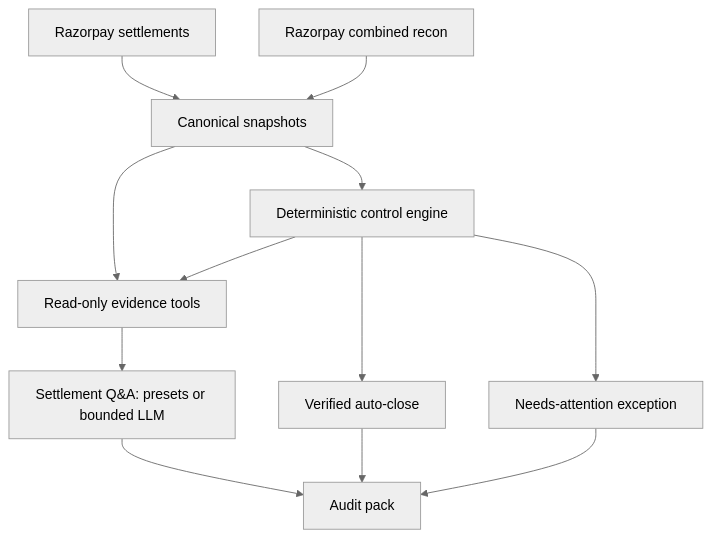
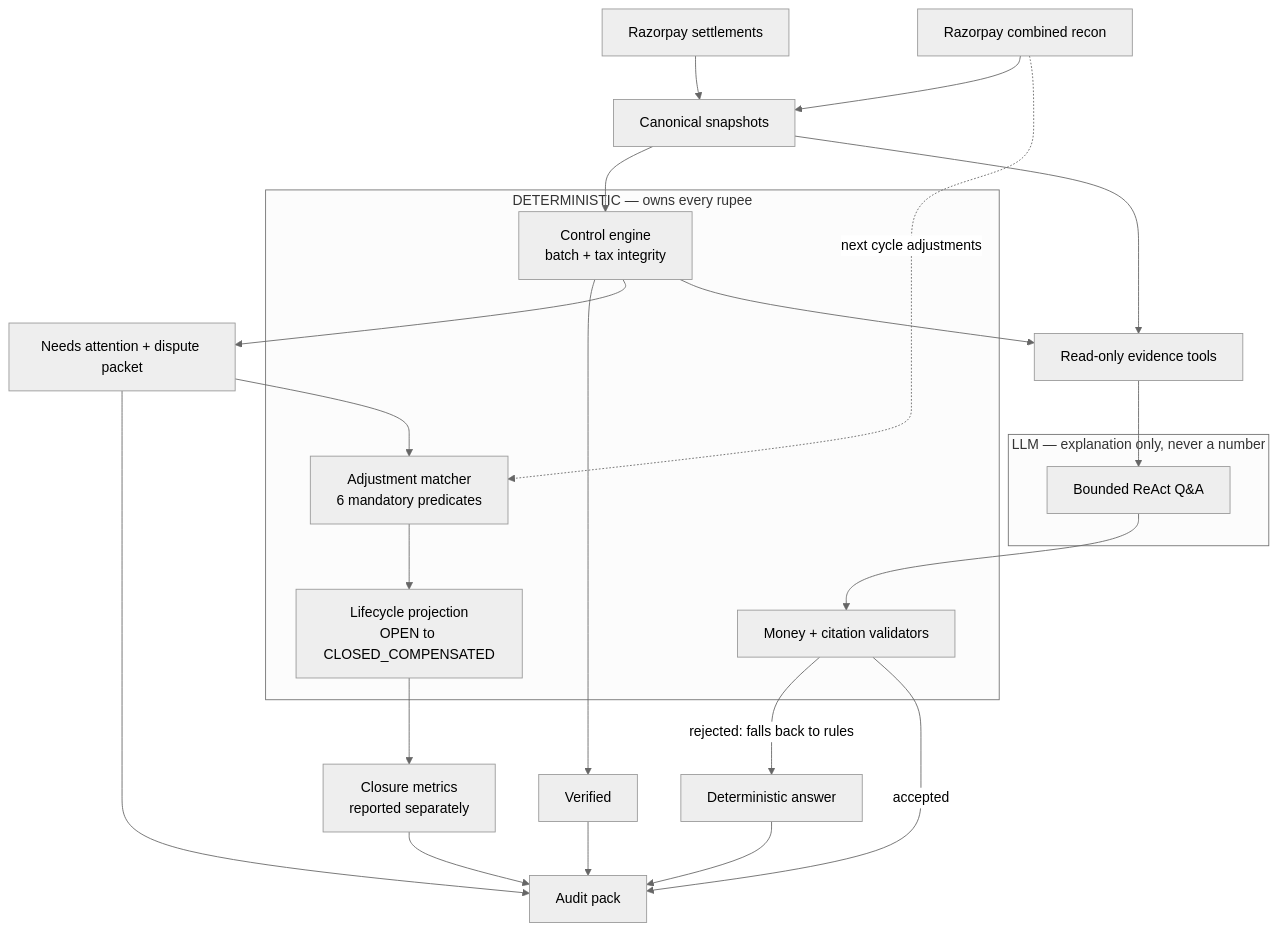
Before and after one commit to Anjali140600/Razorpay_Settlement_Assistant: the diagram in docs/architecture.md, drawn with Mermaid (neutral theme). The commit also changed other lines of this file and 6 other files, not shown here.

First line of the commit message:
docs: document scorecard, lifecycle metrics, and what broke

````diff
--- a/docs/architecture.md
+++ b/docs/architecture.md
@@ -7,14 +7,37 @@
 ```mermaid
 flowchart TD
     A[Razorpay settlements] --> N[Canonical snapshots]
     B[Razorpay combined recon] --> N
-    N --> R[Deterministic control engine]
-    R --> G[Verified auto-close]
-    R --> X[Needs-attention exception]
+
+    subgraph DET["DETERMINISTIC — owns every rupee"]
+        R[Control engine<br/>batch + tax integrity]
+        L[Adjustment matcher<br/>6 mandatory predicates]
+        P[Lifecycle projection<br/>OPEN to CLOSED_COMPENSATED]
+        V[Money + citation validators]
+    end
+
+    subgraph AI["LLM — explanation only, never a number"]
+        Q[Bounded ReAct Q&A]
+    end
+
+    N --> R
+    R --> G[Verified]
+    R --> X[Needs attention + dispute packet]
+
+    B -.->|next cycle adjustments| L
+    X --> L
+    L --> P
+    P --> M[Closure metrics<br/>reported separately]
+
     N --> T[Read-only evidence tools]
     R --> T
-    T --> Q[Settlement Q&A: presets or bounded LLM]
-    Q --> U[Audit pack]
+    T --> Q
+    Q --> V
+    V -->|rejected: falls back to rules| G2[Deterministic answer]
+    V -->|accepted| U[Audit pack]
+
     G --> U
     X --> U
+    M --> U
+    G2 --> U
 ```
````
